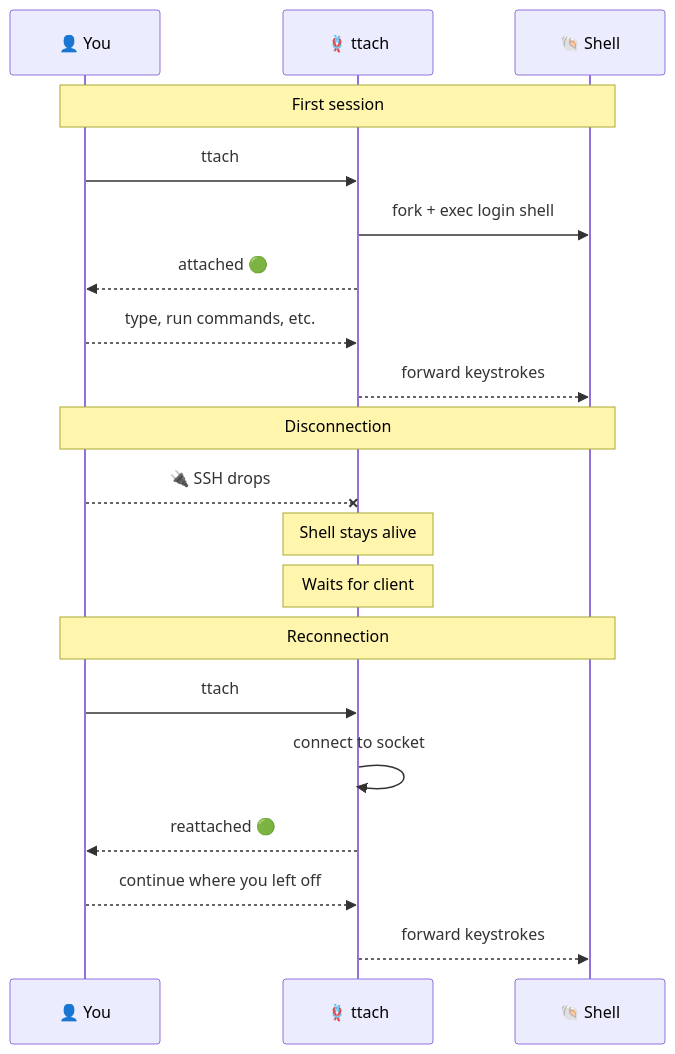
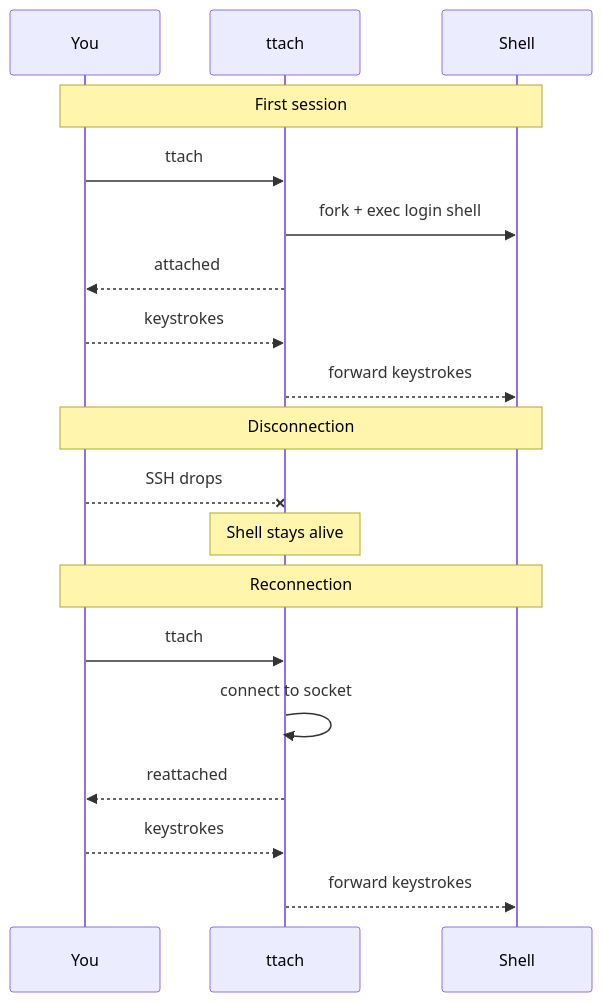
The second of 3 diagrams in README.md (tayyebi/ttach), drawn with Mermaid before and after one commit. The commit also changed other lines of this file, not shown here.

Commit message:
fix: remove broken unicode chars breaking mermaid render

````diff
--- a/README.md
+++ b/README.md
@@ -101,25 +105,24 @@
 ```mermaid
 sequenceDiagram
-    participant U as 👤 You
-    participant T as 🪢 ttach
-    participant S as 🐚 Shell
+    participant U as You
+    participant T as ttach
+    participant S as Shell
 
     Note over U,S: First session
     U->>T: ttach
     T->>S: fork + exec login shell
-    T-->>U: attached 🟢
-    U-->>T: type, run commands, etc.
+    T-->>U: attached
+    U-->>T: keystrokes
     T-->>S: forward keystrokes
 
     Note over U,S: Disconnection
-    U--xT: 🔌 SSH drops
+    U--xT: SSH drops
     Note over T: Shell stays alive
-    Note over T: Waits for client
 
     Note over U,S: Reconnection
     U->>T: ttach
     T->>T: connect to socket
-    T-->>U: reattached 🟢
-    U-->>T: continue where you left off
+    T-->>U: reattached
+    U-->>T: keystrokes
     T-->>S: forward keystrokes
 ```
````
